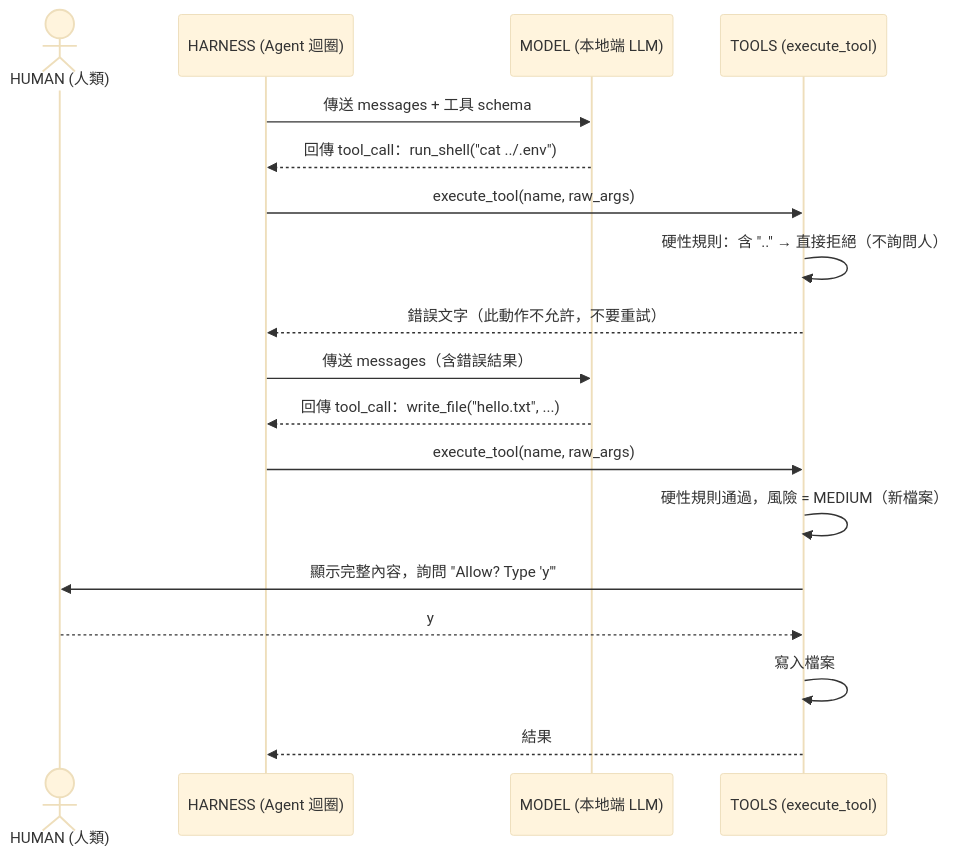
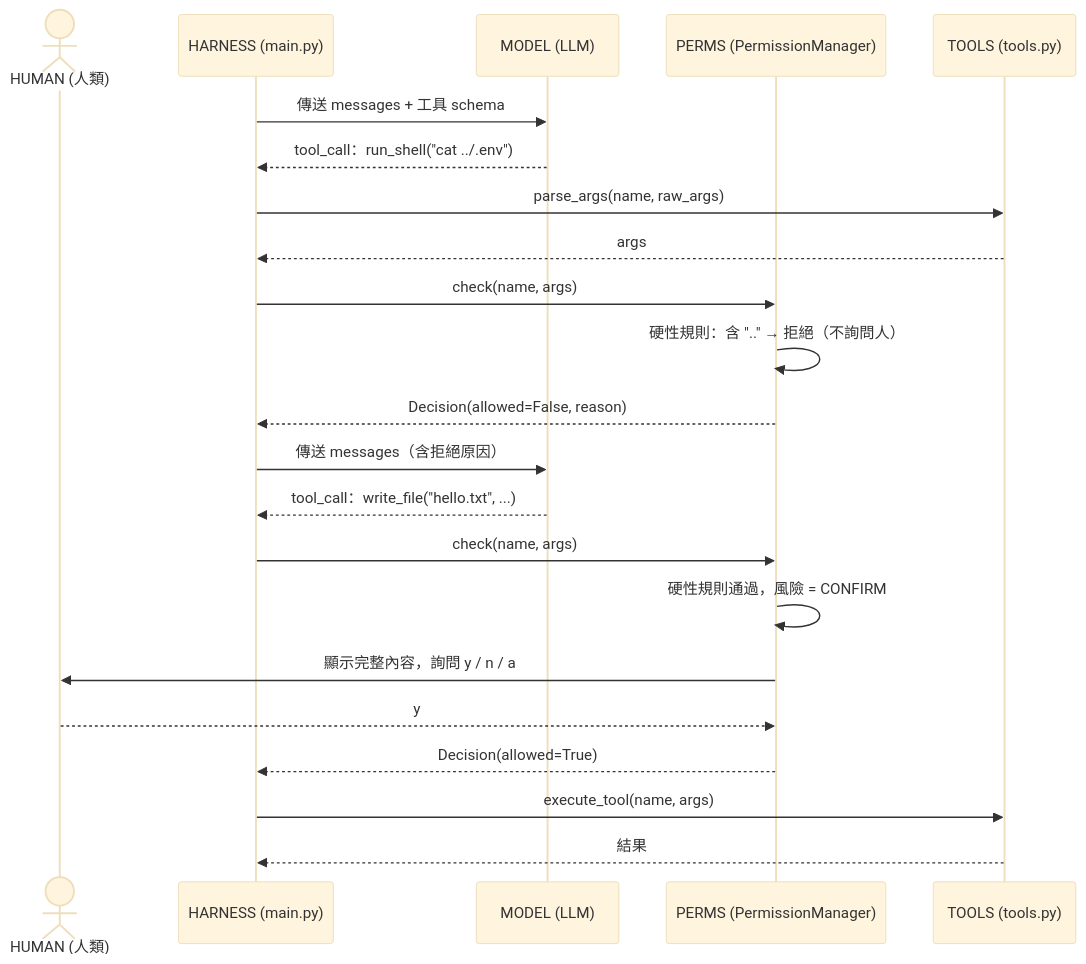
The second of 2 diagrams in docs/04_permission.md (YuMingCorn/corn_agent), drawn with Mermaid (base theme) before and after one commit. The commit also changed other lines of this file and 3 other files, not shown here.

````diff
--- a/docs/04_permission.md
+++ b/docs/04_permission.md
@@ -103,22 +140,26 @@
 ```mermaid
 sequenceDiagram
     actor Human as HUMAN (人類)
-    participant Harness as HARNESS (Agent 迴圈)
-    participant Model as MODEL (本地端 LLM)
-    participant Tools as TOOLS (execute_tool)
+    participant Harness as HARNESS (main.py)
+    participant Model as MODEL (LLM)
+    participant Perms as PERMS (PermissionManager)
+    participant Tools as TOOLS (tools.py)
 
     Harness->>Model: 傳送 messages + 工具 schema
-    Model-->>Harness: 回傳 tool_call：run_shell("cat ../.env")
-    Harness->>Tools: execute_tool(name, raw_args)
-    Tools->>Tools: 硬性規則：含 ".." → 直接拒絕（不詢問人）
-    Tools-->>Harness: 錯誤文字（此動作不允許，不要重試）
+    Model-->>Harness: tool_call：run_shell("cat ../.env")
+    Harness->>Tools: parse_args(name, raw_args)
+    Tools-->>Harness: args
+    Harness->>Perms: check(name, args)
+    Perms->>Perms: 硬性規則：含 ".." → 拒絕（不詢問人）
+    Perms-->>Harness: Decision(allowed=False, reason)
+    Harness->>Model: 傳送 messages（含拒絕原因）
 
-    Harness->>Model: 傳送 messages（含錯誤結果）
-    Model-->>Harness: 回傳 tool_call：write_file("hello.txt", ...)
-    Harness->>Tools: execute_tool(name, raw_args)
-    Tools->>Tools: 硬性規則通過，風險 = MEDIUM（新檔案）
-    Tools->>Human: 顯示完整內容，詢問 "Allow? Type 'y'"
-    Human-->>Tools: y
-    Tools->>Tools: 寫入檔案
+    Model-->>Harness: tool_call：write_file("hello.txt", ...)
+    Harness->>Perms: check(name, args)
+    Perms->>Perms: 硬性規則通過，風險 = CONFIRM
+    Perms->>Human: 顯示完整內容，詢問 y / n / a
+    Human-->>Perms: y
+    Perms-->>Harness: Decision(allowed=True)
+    Harness->>Tools: execute_tool(name, args)
     Tools-->>Harness: 結果
 ```
````
